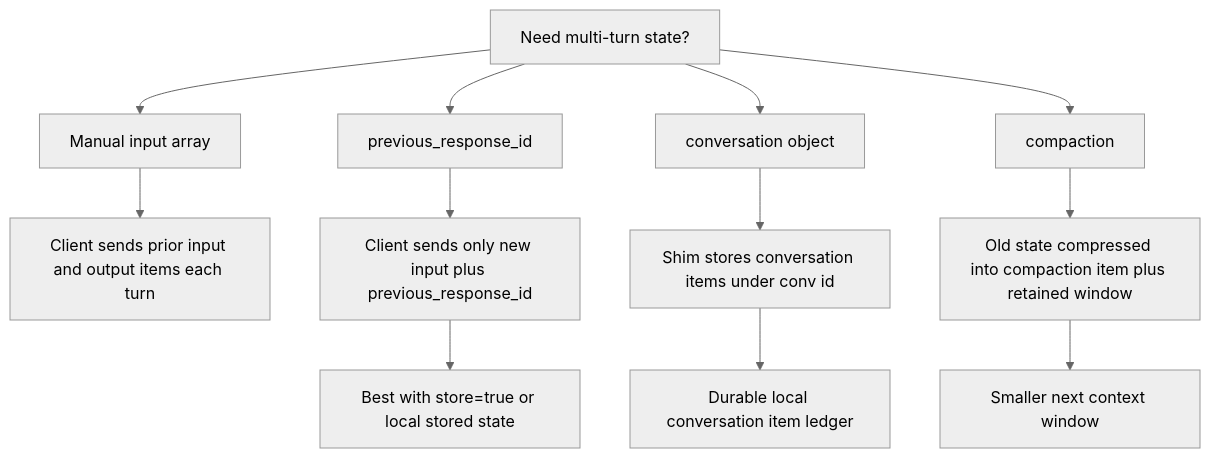
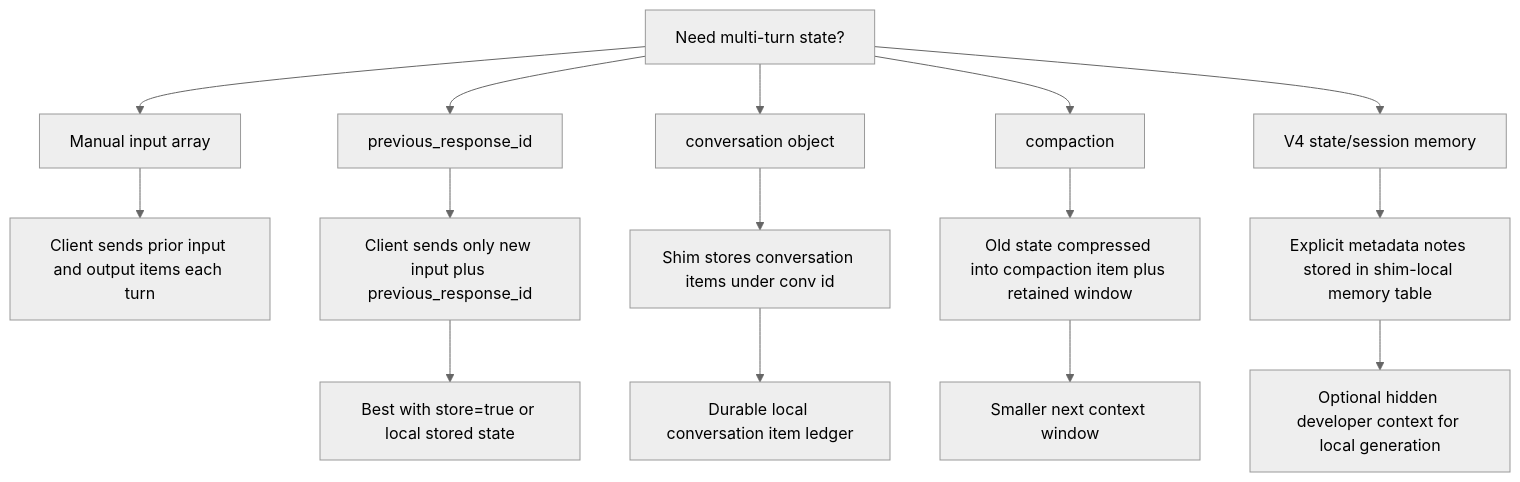
Before and after one commit to avelrl/llama_shim: the sixth of 25 diagrams in docs/engineering/openai-api-choreography-atlas.md, drawn with Mermaid (neutral theme). The commit also changed other lines of this file and 27 other files, not shown here.

Commit message:
Add V4 state session memory

````diff
--- a/docs/engineering/openai-api-choreography-atlas.md
+++ b/docs/engineering/openai-api-choreography-atlas.md
@@ -287,22 +293,26 @@
 ```mermaid
 flowchart TB
   start["Need multi-turn state?"]
   manual["Manual input array"]
   previous["previous_response_id"]
   conversation["conversation object"]
   compact["compaction"]
+  memory["V4 state/session memory"]
 
   start --> manual
   start --> previous
   start --> conversation
   start --> compact
+  start --> memory
 
   manual --> m1["Client sends prior input and output items each turn"]
   previous --> p1["Client sends only new input plus previous_response_id"]
   conversation --> c1["Shim stores conversation items under conv id"]
   compact --> k1["Old state compressed into compaction item plus retained window"]
+  memory --> mem1["Explicit metadata notes stored in shim-local memory table"]
 
   p1 --> storeTrue["Best with store=true or local stored state"]
   c1 --> durable["Durable local conversation item ledger"]
   k1 --> smaller["Smaller next context window"]
+  mem1 --> hidden["Optional hidden developer context for local generation"]
 ```
````
